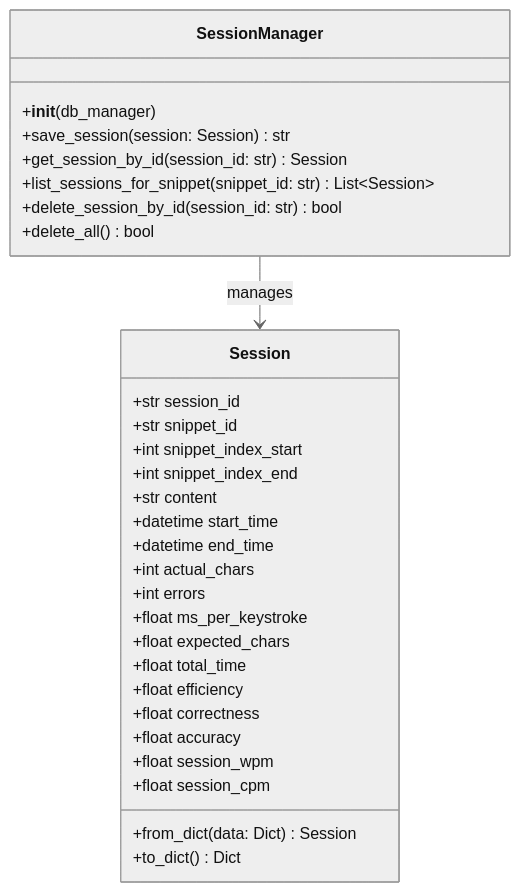
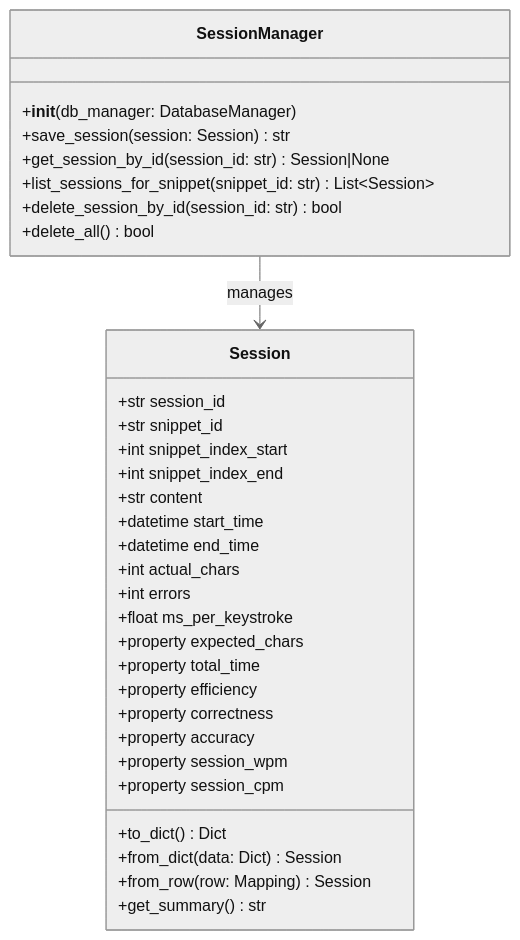
Before and after one commit to SeanAdams10/AITypingTrainer: the third of 7 diagrams in Prompts/AllUML.md, drawn with Mermaid (neutral theme). The commit also changed 8 other files, not shown here.

Commit message:
Session and Session Manager now testing at 100% - not yet linted and ruffed though

````diff
--- a/Prompts/AllUML.md
+++ b/Prompts/AllUML.md
@@ -63,33 +63,35 @@
 ```mermaid
 classDiagram
     class Session {
         +str session_id
         +str snippet_id
         +int snippet_index_start
         +int snippet_index_end
         +str content
         +datetime start_time
         +datetime end_time
         +int actual_chars
         +int errors
         +float ms_per_keystroke
-        +float expected_chars
-        +float total_time
-        +float efficiency
-        +float correctness
-        +float accuracy
-        +float session_wpm
-        +float session_cpm
+        +property expected_chars
+        +property total_time
+        +property efficiency
+        +property correctness
+        +property accuracy
+        +property session_wpm
+        +property session_cpm
+        +to_dict() Dict
         +from_dict(data: Dict) Session
-        +to_dict() Dict
+        +from_row(row: Mapping) Session
+        +get_summary() str
     }
     class SessionManager {
-        +__init__(db_manager)
+        +__init__(db_manager: DatabaseManager)
         +save_session(session: Session) str
-        +get_session_by_id(session_id: str) Session
+        +get_session_by_id(session_id: str) Session|None
         +list_sessions_for_snippet(snippet_id: str) List~Session~
         +delete_session_by_id(session_id: str) bool
         +delete_all() bool
     }
     SessionManager --> Session : manages
 ```
````
